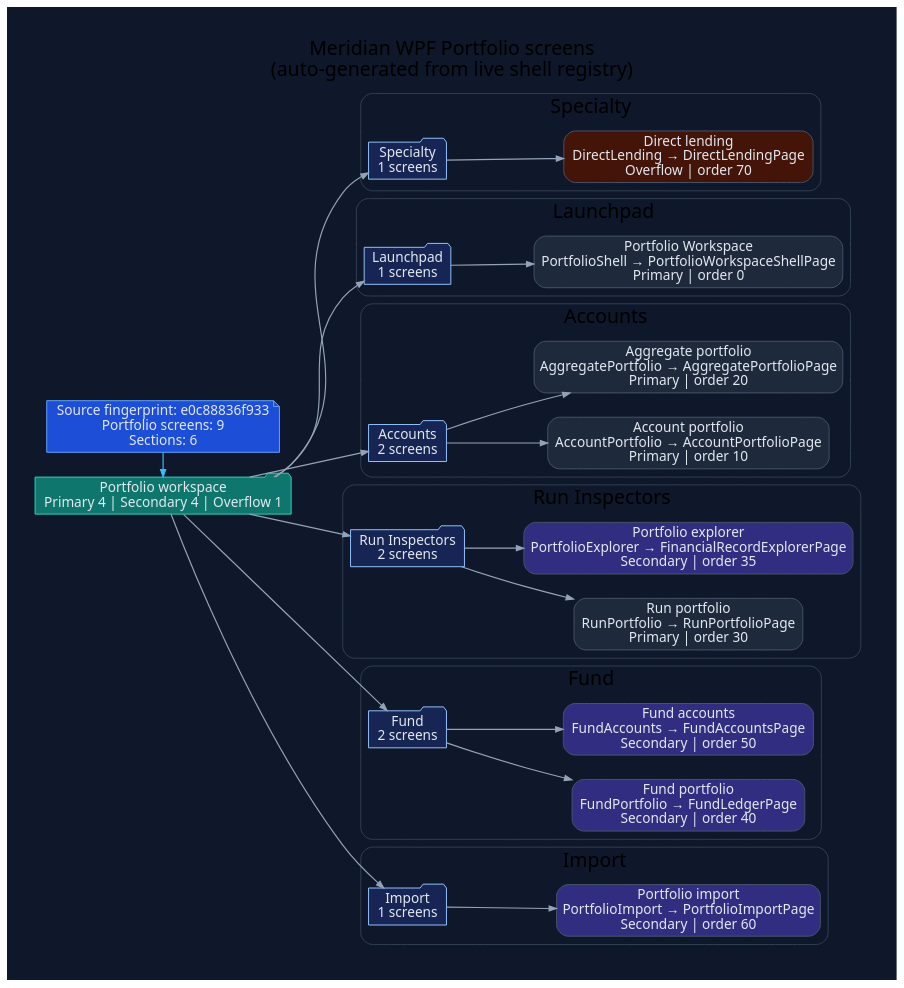
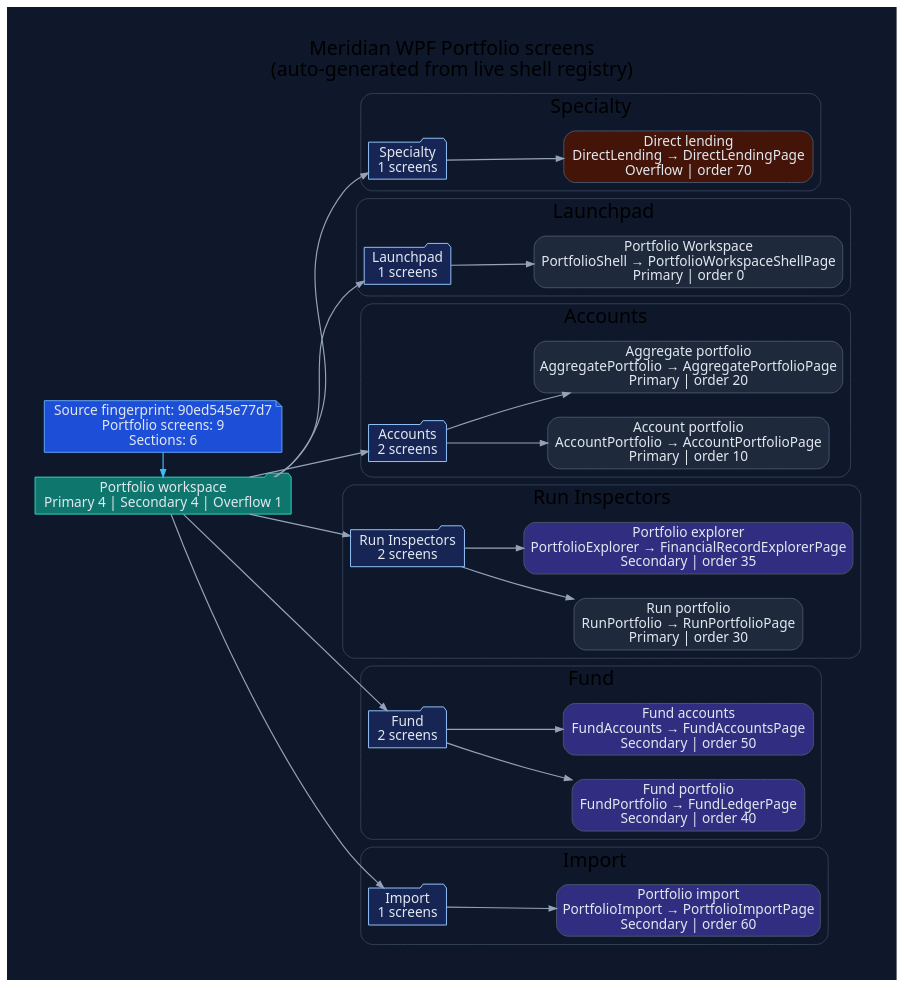
The diagram in docs/diagrams/ui-wpf-screens-portfolio.dot (rodoHasArrived/Meridian-main), drawn with Graphviz before and after one commit. The commit also changed 73 other files, not shown here.

```diff
--- a/docs/diagrams/ui-wpf-screens-portfolio.dot
+++ b/docs/diagrams/ui-wpf-screens-portfolio.dot
@@ -1,92 +1,92 @@
 // -----------------------------------------------------------------------------
 // <auto-generated>
 // Generated by scripts/generate-diagrams.mjs.
 // Do not edit this file directly; update the WPF source files instead.
 // -----------------------------------------------------------------------------
 digraph WpfPortfolioScreens {
   graph [
     rankdir=LR,
     labelloc=t,
     label="Meridian WPF Portfolio screens\n(auto-generated from live shell registry)",
     fontname="Segoe UI",
     fontsize=20,
     pad=0.4,
     nodesep=0.35,
     ranksep=0.85,
     bgcolor="#0f172a"
   ];
   node [fontname="Segoe UI", shape=box, style="rounded,filled", color="#475569", fontcolor="#e2e8f0", fillcolor="#1e293b"];
   edge [fontname="Segoe UI", color="#94a3b8", penwidth=1.2, arrowsize=0.75];
 
-  generated [shape=note, fillcolor="#1d4ed8", color="#60a5fa", label="Source fingerprint: e0c88836f933\nPortfolio screens: 9\nSections: 6"];
+  generated [shape=note, fillcolor="#1d4ed8", color="#60a5fa", label="Source fingerprint: 90ed545e77d7\nPortfolio screens: 9\nSections: 6"];
   workspace [shape=folder, fillcolor="#0f766e", color="#2dd4bf", label="Portfolio workspace\nPrimary 4 | Secondary 4 | Overflow 1"];
   generated -> workspace [color="#38bdf8"];
 
   subgraph cluster_section_1 {
     label="Specialty";
     color="#334155";
     style="rounded";
     section_1 [shape=folder, fillcolor="#172554", color="#93c5fd", label="Specialty\n1 screens"];
     workspace -> section_1;
     screen_DirectLending [fillcolor="#431407", label="Direct lending\nDirectLending → DirectLendingPage\nOverflow | order 70"];
     section_1 -> screen_DirectLending;
   }
 
   subgraph cluster_section_2 {
     label="Launchpad";
     color="#334155";
     style="rounded";
     section_2 [shape=folder, fillcolor="#172554", color="#93c5fd", label="Launchpad\n1 screens"];
     workspace -> section_2;
     screen_PortfolioShell [fillcolor="#1e293b", label="Portfolio Workspace\nPortfolioShell → PortfolioWorkspaceShellPage\nPrimary | order 0"];
     section_2 -> screen_PortfolioShell;
   }
 
   subgraph cluster_section_3 {
     label="Accounts";
     color="#334155";
     style="rounded";
     section_3 [shape=folder, fillcolor="#172554", color="#93c5fd", label="Accounts\n2 screens"];
     workspace -> section_3;
     screen_AccountPortfolio [fillcolor="#1e293b", label="Account portfolio\nAccountPortfolio → AccountPortfolioPage\nPrimary | order 10"];
     section_3 -> screen_AccountPortfolio;
     screen_AggregatePortfolio [fillcolor="#1e293b", label="Aggregate portfolio\nAggregatePortfolio → AggregatePortfolioPage\nPrimary | order 20"];
     section_3 -> screen_AggregatePortfolio;
   }
 
   subgraph cluster_section_4 {
     label="Run Inspectors";
     color="#334155";
     style="rounded";
     section_4 [shape=folder, fillcolor="#172554", color="#93c5fd", label="Run Inspectors\n2 screens"];
     workspace -> section_4;
     screen_RunPortfolio [fillcolor="#1e293b", label="Run portfolio\nRunPortfolio → RunPortfolioPage\nPrimary | order 30"];
     section_4 -> screen_RunPortfolio;
     screen_PortfolioExplorer [fillcolor="#312e81", label="Portfolio explorer\nPortfolioExplorer → FinancialRecordExplorerPage\nSecondary | order 35"];
     section_4 -> screen_PortfolioExplorer;
   }
 
   subgraph cluster_section_5 {
     label="Fund";
     color="#334155";
     style="rounded";
     section_5 [shape=folder, fillcolor="#172554", color="#93c5fd", label="Fund\n2 screens"];
     workspace -> section_5;
     screen_FundPortfolio [fillcolor="#312e81", label="Fund portfolio\nFundPortfolio → FundLedgerPage\nSecondary | order 40"];
     section_5 -> screen_FundPortfolio;
     screen_FundAccounts [fillcolor="#312e81", label="Fund accounts\nFundAccounts → FundAccountsPage\nSecondary | order 50"];
     section_5 -> screen_FundAccounts;
   }
 
   subgraph cluster_section_6 {
     label="Import";
     color="#334155";
     style="rounded";
     section_6 [shape=folder, fillcolor="#172554", color="#93c5fd", label="Import\n1 screens"];
     workspace -> section_6;
     screen_PortfolioImport [fillcolor="#312e81", label="Portfolio import\nPortfolioImport → PortfolioImportPage\nSecondary | order 60"];
     section_6 -> screen_PortfolioImport;
   }
 
   { rank=min; generated; workspace; }
 }
```
